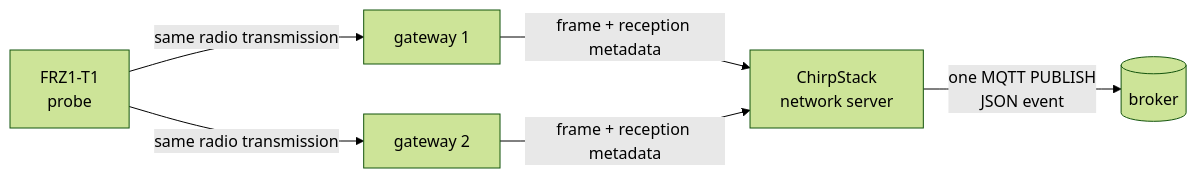
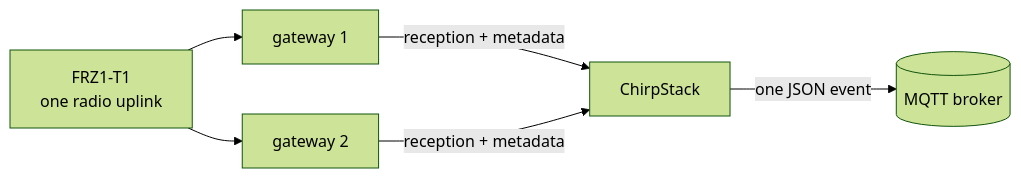
One commit to lmendiboure/IoT-Labs-UPPA changed the fifth of 5 diagrams in lab1/README.md. Above: the diagram before and after it, drawn with Mermaid (forest theme). The commit also changed other lines of this file and 1 other file, not shown here.

````diff
--- a/lab1/README.md
+++ b/lab1/README.md
@@ -393,8 +441,8 @@
 ```mermaid
 flowchart LR
-    P["FRZ1-T1<br/>probe"] -- "same radio transmission" --> G1["gateway 1"]
-    P -- "same radio transmission" --> G2["gateway 2"]
-    G1 -- "frame + reception metadata" --> NS["ChirpStack<br/>network server"]
-    G2 -- "frame + reception metadata" --> NS
-    NS -- "one MQTT PUBLISH<br/>JSON event" --> B[("broker")]
+    P["FRZ1-T1<br/>one radio uplink"] --> G1["gateway 1"]
+    P --> G2["gateway 2"]
+    G1 -- "reception + metadata" --> NS["ChirpStack"]
+    G2 -- "reception + metadata" --> NS
+    NS -- "one JSON event" --> B[("MQTT broker")]
 ```
````
